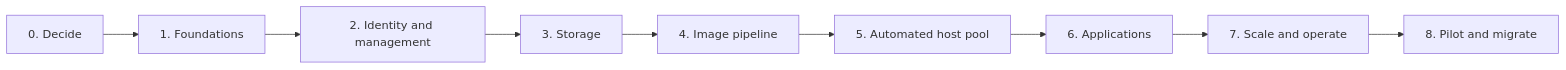
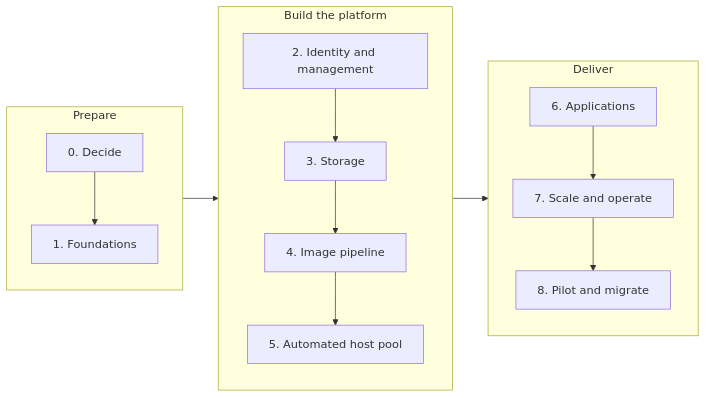
The diagram in docs/getting-there/index.md (marckean/AVD-Reference_Architecture), drawn with Mermaid before and after one commit. The commit also changed 21 other files, not shown here.

First line of the commit message:
Add the architecture diagram and make every diagram readable

````diff
--- a/docs/getting-there/index.md
+++ b/docs/getting-there/index.md
@@ -16,11 +16,16 @@
 ```mermaid
 flowchart LR
-    P0["0. Decide"] --> P1["1. Foundations"]
-    P1 --> P2["2. Identity and management"]
-    P2 --> P3["3. Storage"]
-    P3 --> P4["4. Image pipeline"]
-    P4 --> P5["5. Automated host pool"]
-    P5 --> P6["6. Applications"]
-    P6 --> P7["7. Scale and operate"]
-    P7 --> P8["8. Pilot and migrate"]
+    subgraph PREP["Prepare"]
+        direction TB
+        P0["0. Decide"] --> P1["1. Foundations"]
+    end
+    subgraph BUILD["Build the platform"]
+        direction TB
+        P2["2. Identity and management"] --> P3["3. Storage"] --> P4["4. Image pipeline"] --> P5["5. Automated host pool"]
+    end
+    subgraph DELIVER["Deliver"]
+        direction TB
+        P6["6. Applications"] --> P7["7. Scale and operate"] --> P8["8. Pilot and migrate"]
+    end
+    PREP --> BUILD --> DELIVER
 ```
````
